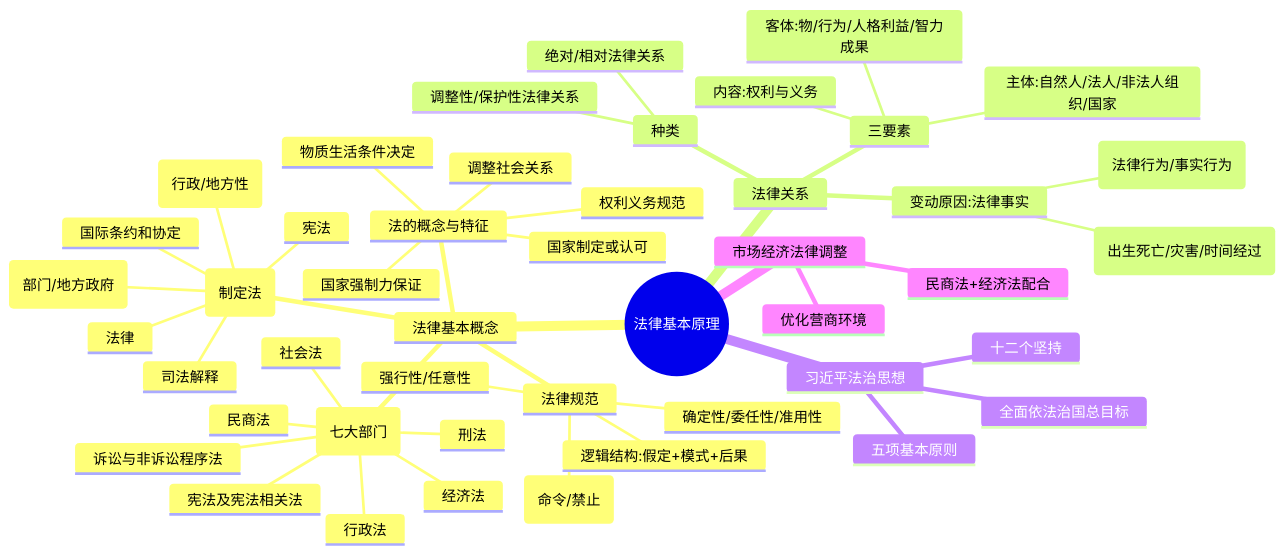
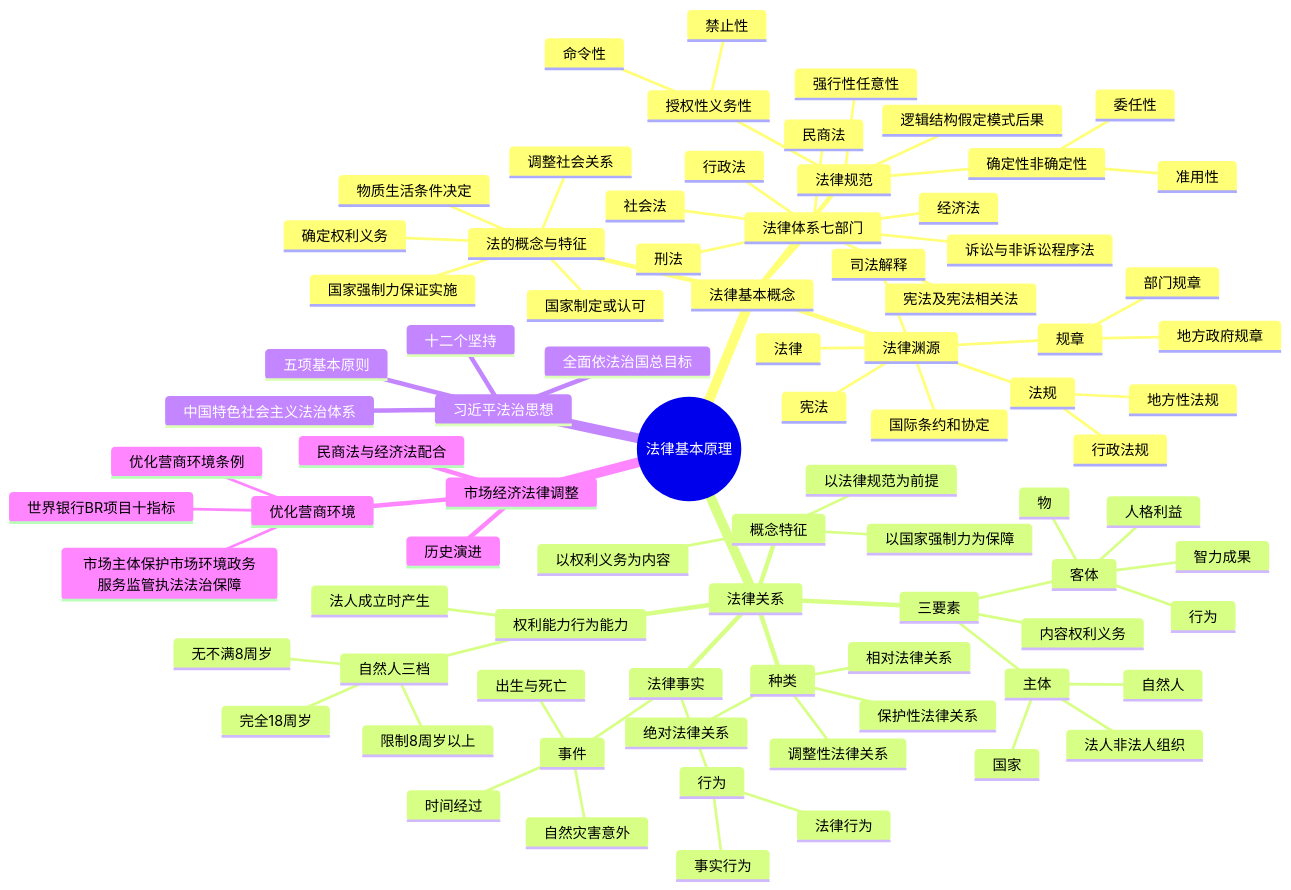
Before and after one commit to 106-official/deepsleep-blog: the diagram in content/learn/cpa/06-economic-law/01-legal-principles.md, drawn with Mermaid. The commit also changed other lines of this file and 149 other files, not shown here.

````diff
--- a/content/learn/cpa/06-economic-law/01-legal-principles.md
+++ b/content/learn/cpa/06-economic-law/01-legal-principles.md
@@ -39,10 +63,10 @@
       法的概念与特征
         物质生活条件决定
         国家制定或认可
-        国家强制力保证
+        国家强制力保证实施
         调整社会关系
-        权利义务规范
-      法律体系(七大部门)
+        确定权利义务
+      法律体系七部门
         宪法及宪法相关法
         刑法
         行政法
@@ -50,34 +74,71 @@
         经济法
         社会法
         诉讼与非诉讼程序法
-      法律渊源(制定法)
+      法律渊源
         宪法
         法律
-        法规(行政/地方性)
-        规章(部门/地方政府)
+        法规
+          行政法规
+          地方性法规
+        规章
+          部门规章
+          地方政府规章
         司法解释
         国际条约和协定
       法律规范
-        授权性/义务性(命令/禁止)
-        强行性/任意性
-        确定性/委任性/准用性
-        逻辑结构:假定+模式+后果
+        授权性义务性
+          命令性
+          禁止性
+        强行性任意性
+        确定性非确定性
+          委任性
+          准用性
+        逻辑结构假定模式后果
     法律关系
+      概念特征
+        以法律规范为前提
+        以权利义务为内容
+        以国家强制力为保障
+      种类
+        绝对法律关系
+        相对法律关系
+        调整性法律关系
+        保护性法律关系
       三要素
-        主体:自然人/法人/非法人组织/国家
-        客体:物/行为/人格利益/智力成果
-        内容:权利与义务
-      种类
-        绝对/相对法律关系
-        调整性/保护性法律关系
-      变动原因:法律事实
-        行为(法律行为/事实行为)
-        事件(出生死亡/灾害/时间经过)
+        主体
+          自然人
+          法人非法人组织
+          国家
+        客体
+          物
+          行为
+          人格利益
+          智力成果
+        内容权利义务
+      权利能力行为能力
+        自然人三档
+          完全18周岁
+          限制8周岁以上
+          无不满8周岁
+        法人成立时产生
+      法律事实
+        行为
+          法律行为
+          事实行为
+        事件
+          出生与死亡
+          自然灾害意外
+          时间经过
     习近平法治思想
+      全面依法治国总目标
       十二个坚持
-      全面依法治国总目标
       五项基本原则
+      中国特色社会主义法治体系
     市场经济法律调整
-      民商法+经济法配合
+      历史演进
+      民商法与经济法配合
       优化营商环境
+        世界银行BR项目十指标
+        优化营商环境条例
+        市场主体保护市场环境政务服务监管执法法治保障
 ```
````
